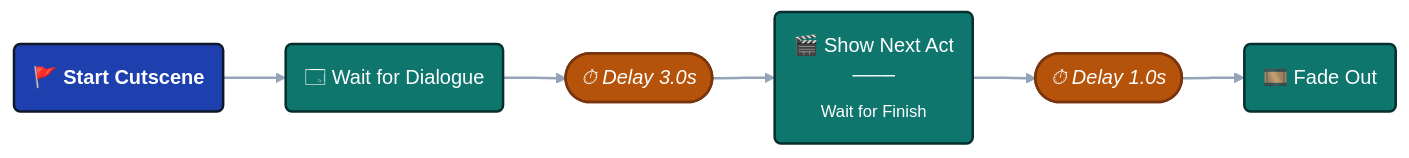
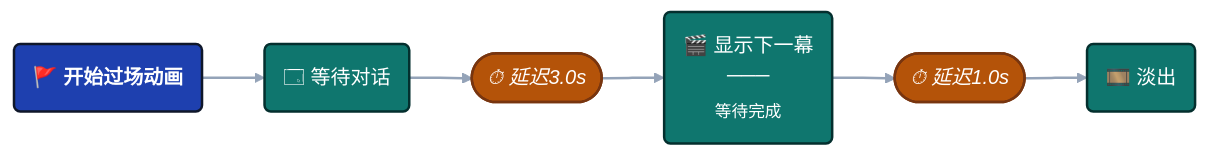
Before and after one commit to tinygiants-tech/TinyGiants: the second of 3 diagrams in i18n/zh/docusaurus-plugin-content-docs/current/game-event-system/flow-graph/game-event-node-connector.md, drawn with Mermaid. The commit also changed other lines of this file and 4 other files, not shown here.

Commit message:
修复文档页图像高亮的样式丢失问题

````diff
--- a/i18n/zh/docusaurus-plugin-content-docs/current/game-event-system/flow-graph/game-event-node-connector.md
+++ b/i18n/zh/docusaurus-plugin-content-docs/current/game-event-system/flow-graph/game-event-node-connector.md
@@ -75,22 +73,22 @@
 ```mermaid
 graph LR
 
     classDef event fill:#1e40af,stroke:#0f172a,stroke-width:2px,color:#ffffff,font-weight:bold
     classDef action fill:#0f766e,stroke:#042f2e,stroke-width:2px,color:#ffffff
     classDef delay fill:#b45309,stroke:#78350f,stroke-width:2px,color:#ffffff,font-style:italic
 
-    A("🚩 Start Cutscene"):::event
-    B("🗔 Wait for Dialogue"):::action
-    C(["⏱ Delay 3.0s"]):::delay
-    D("🎬 Show Next Act<br/>───<br/><sub>Wait for Finish</sub>"):::action
-    E(["⏱ Delay 1.0s"]):::delay
-    F("🎞️ Fade Out"):::action
+    A("🚩 开始过场动画"):::event
+    B("🗔 等待对话"):::action
+    C(["⏱ 延迟3.0s"]):::delay
+    D("🎬 显示下一幕<br/>───<br/><sub>等待完成</sub>"):::action
+    E(["⏱ 延迟1.0s"]):::delay
+    F("🎞️ 淡出"):::action
 
     A --> B
     B --> C
     C --> D
     D --> E
     E --> F
 
     linkStyle default stroke:#94a3b8,stroke-width:2px
 ```
````
